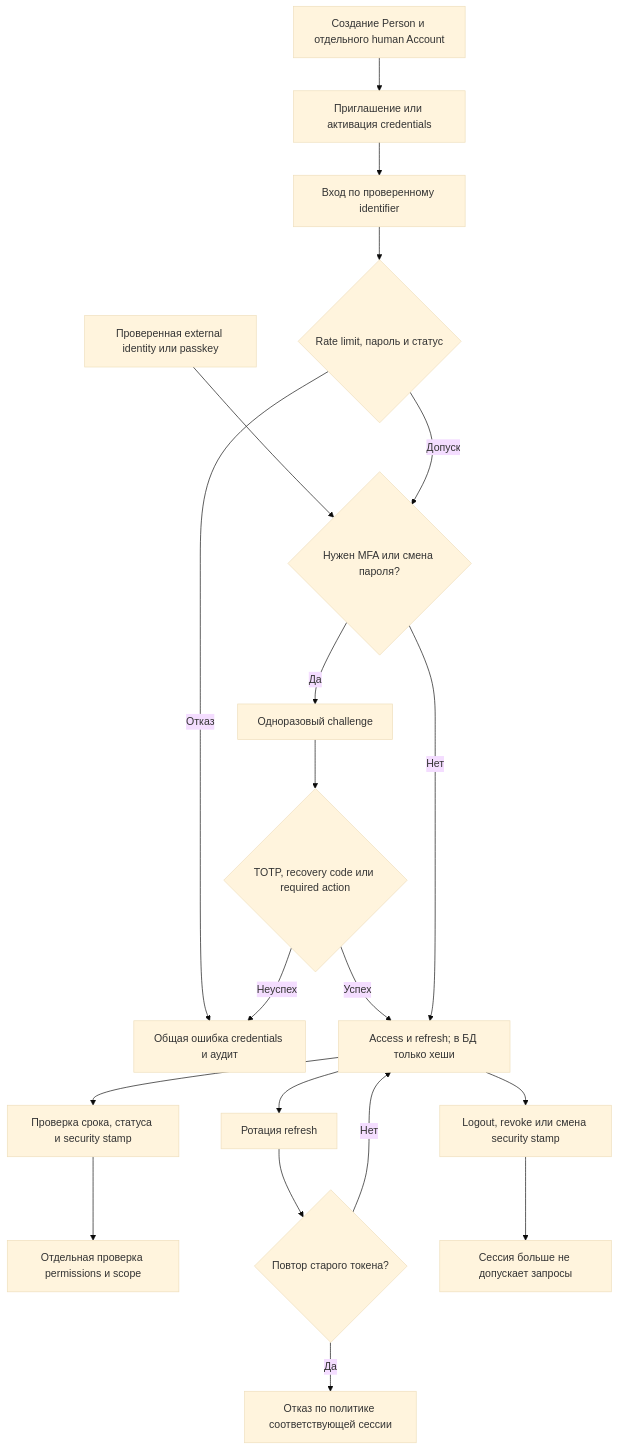
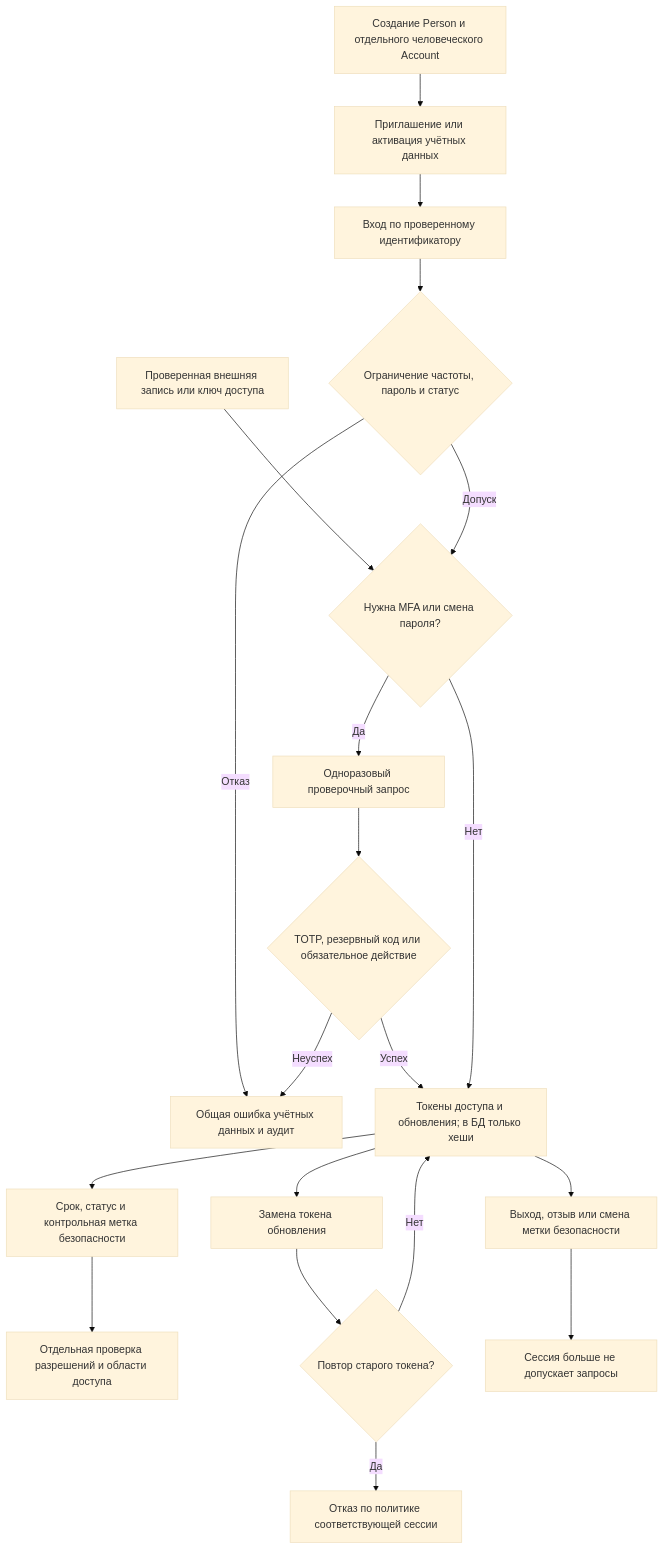
The diagram in docs/processes/03-core-auth.mmd (YCleffo/Platform), drawn with Mermaid (base theme) before and after one commit. The commit also changed 188 other files, not shown here.

```diff
--- a/docs/processes/03-core-auth.mmd
+++ b/docs/processes/03-core-auth.mmd
@@ -1,20 +1,20 @@
 flowchart TD
-  Start[Создание Person и отдельного human Account] --> Invite[Приглашение или активация credentials]
-  Invite --> Login[Вход по проверенному identifier]
-  External[Проверенная external identity или passkey] --> Policy
-  Login --> Rate{Rate limit, пароль и статус}
-  Rate -->|Отказ| Denied[Общая ошибка credentials и аудит]
-  Rate -->|Допуск| Policy{Нужен MFA или смена пароля?}
-  Policy -->|Да| Challenge[Одноразовый challenge]
-  Challenge --> MFA{TOTP, recovery code или required action}
+  Start[Создание Person и отдельного человеческого Account] --> Invite[Приглашение или активация учётных данных]
+  Invite --> Login[Вход по проверенному идентификатору]
+  External[Проверенная внешняя запись или ключ доступа] --> Policy
+  Login --> Rate{Ограничение частоты, пароль и статус}
+  Rate -->|Отказ| Denied[Общая ошибка учётных данных и аудит]
+  Rate -->|Допуск| Policy{Нужна MFA или смена пароля?}
+  Policy -->|Да| Challenge[Одноразовый проверочный запрос]
+  Challenge --> MFA{TOTP, резервный код или обязательное действие}
   MFA -->|Неуспех| Denied
   MFA -->|Успех| Session
-  Policy -->|Нет| Session[Access и refresh; в БД только хеши]
-  Session --> Access[Проверка срока, статуса и security stamp]
-  Access --> Permission[Отдельная проверка permissions и scope]
-  Session --> Refresh[Ротация refresh]
+  Policy -->|Нет| Session[Токены доступа и обновления; в БД только хеши]
+  Session --> Access[Срок, статус и контрольная метка безопасности]
+  Access --> Permission[Отдельная проверка разрешений и области доступа]
+  Session --> Refresh[Замена токена обновления]
   Refresh --> Replay{Повтор старого токена?}
   Replay -->|Да| Reject[Отказ по политике соответствующей сессии]
   Replay -->|Нет| Session
-  Session --> Logout[Logout, revoke или смена security stamp]
+  Session --> Logout[Выход, отзыв или смена метки безопасности]
   Logout --> Inactive[Сессия больше не допускает запросы]
```
